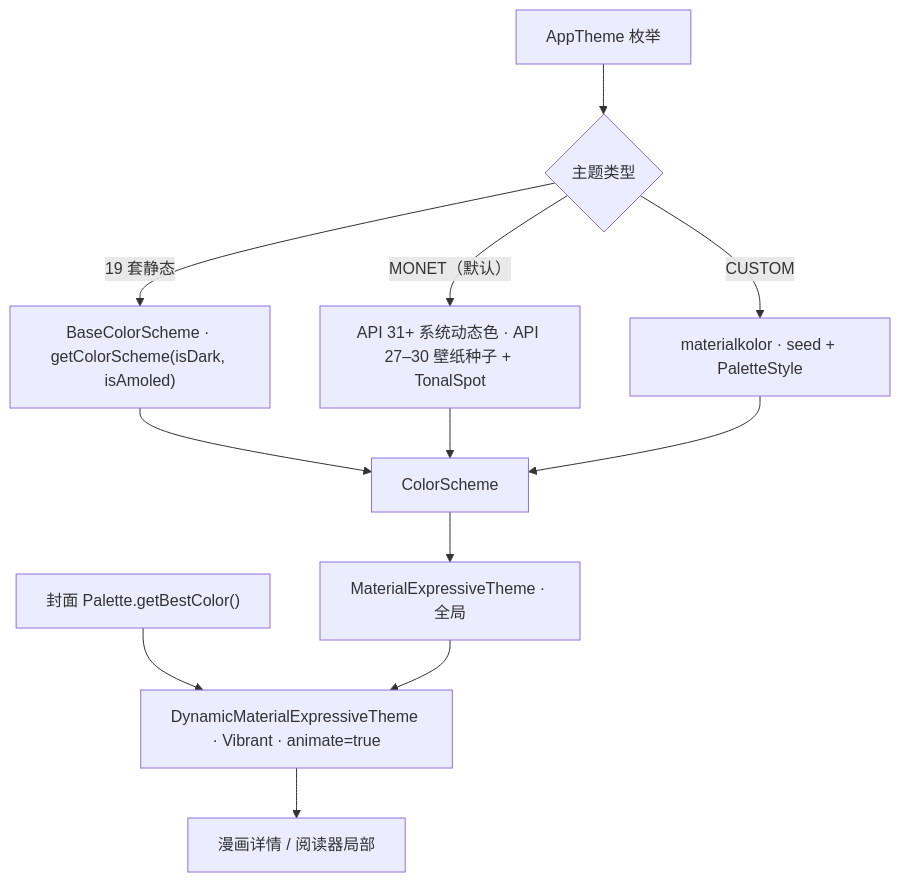
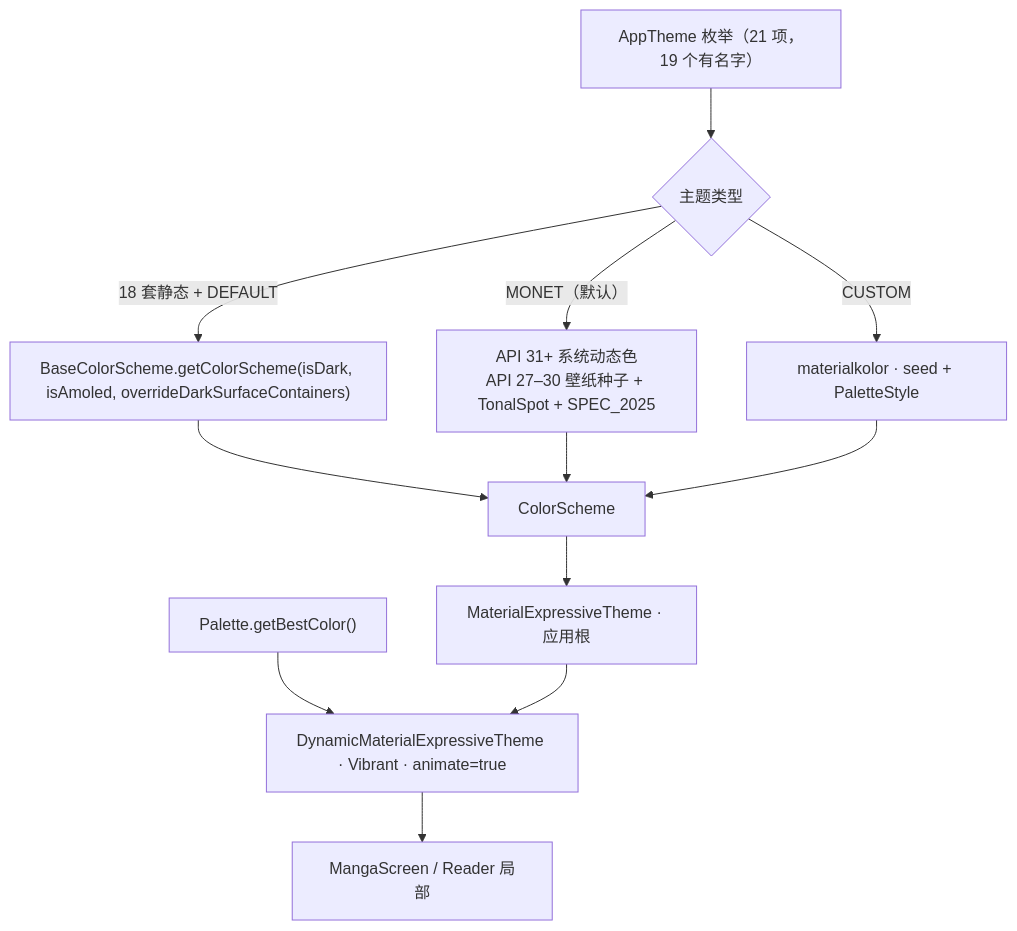
One commit to Yuki-alice/koyura changed the diagram in docs/design-whitepaper/02-设计令牌.md. Above: the diagram before and after it, drawn with Mermaid. The commit also changed other lines of this file and 21 other files, not shown here.

````diff
--- a/docs/design-whitepaper/02-设计令牌.md
+++ b/docs/design-whitepaper/02-设计令牌.md
@@ -27,14 +28,14 @@
 ```mermaid
 flowchart TB
-  A["AppTheme 枚举"] --> B{"主题类型"}
-  B -->|"19 套静态"| C["BaseColorScheme · getColorScheme(isDark, isAmoled)"]
-  B -->|"MONET（默认）"| D["API 31+ 系统动态色 · API 27–30 壁纸种子 + TonalSpot"]
+  A["AppTheme 枚举（21 项，19 个有名字）"] --> B{"主题类型"}
+  B -->|"18 套静态 + DEFAULT"| C["BaseColorScheme.getColorScheme(isDark, isAmoled, overrideDarkSurfaceContainers)"]
+  B -->|"MONET（默认）"| D["API 31+ 系统动态色<br/>API 27–30 壁纸种子 + TonalSpot + SPEC_2025"]
   B -->|"CUSTOM"| E["materialkolor · seed + PaletteStyle"]
   C --> F["ColorScheme"]
   D --> F
   E --> F
-  F --> G["MaterialExpressiveTheme · 全局"]
-  I["封面 Palette.getBestColor()"] --> J["DynamicMaterialExpressiveTheme · Vibrant · animate=true"]
+  F --> G["MaterialExpressiveTheme · 应用根"]
+  I["Palette.getBestColor()"] --> J["DynamicMaterialExpressiveTheme · Vibrant · animate=true"]
   G --> J
-  J --> K["漫画详情 / 阅读器局部"]
+  J --> K["MangaScreen / Reader 局部"]
 ```
````
